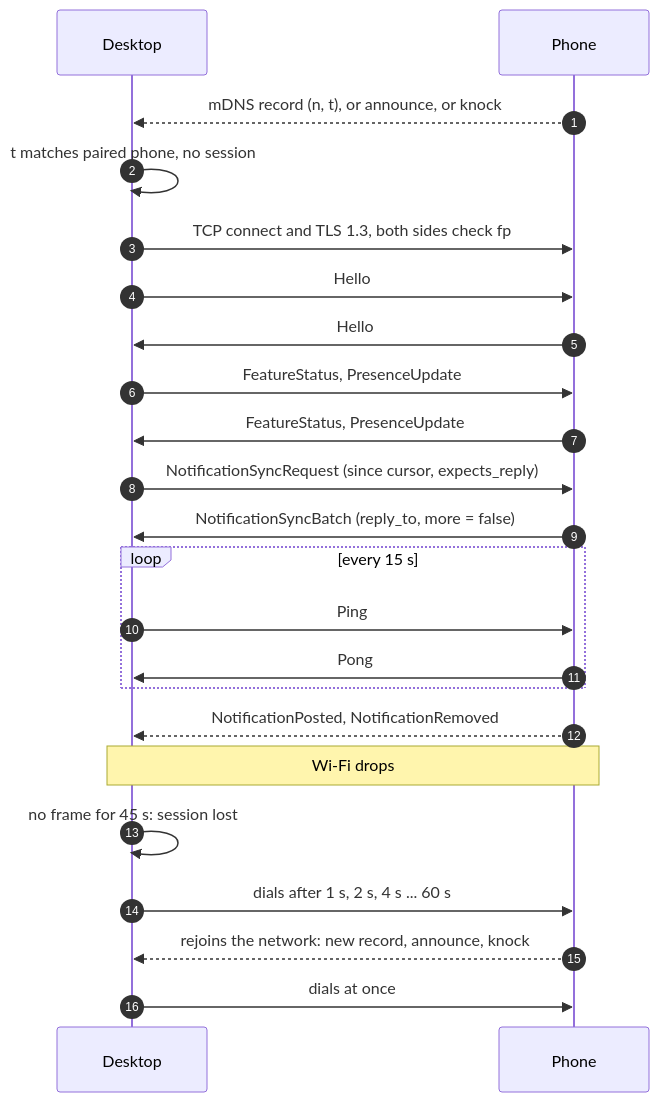
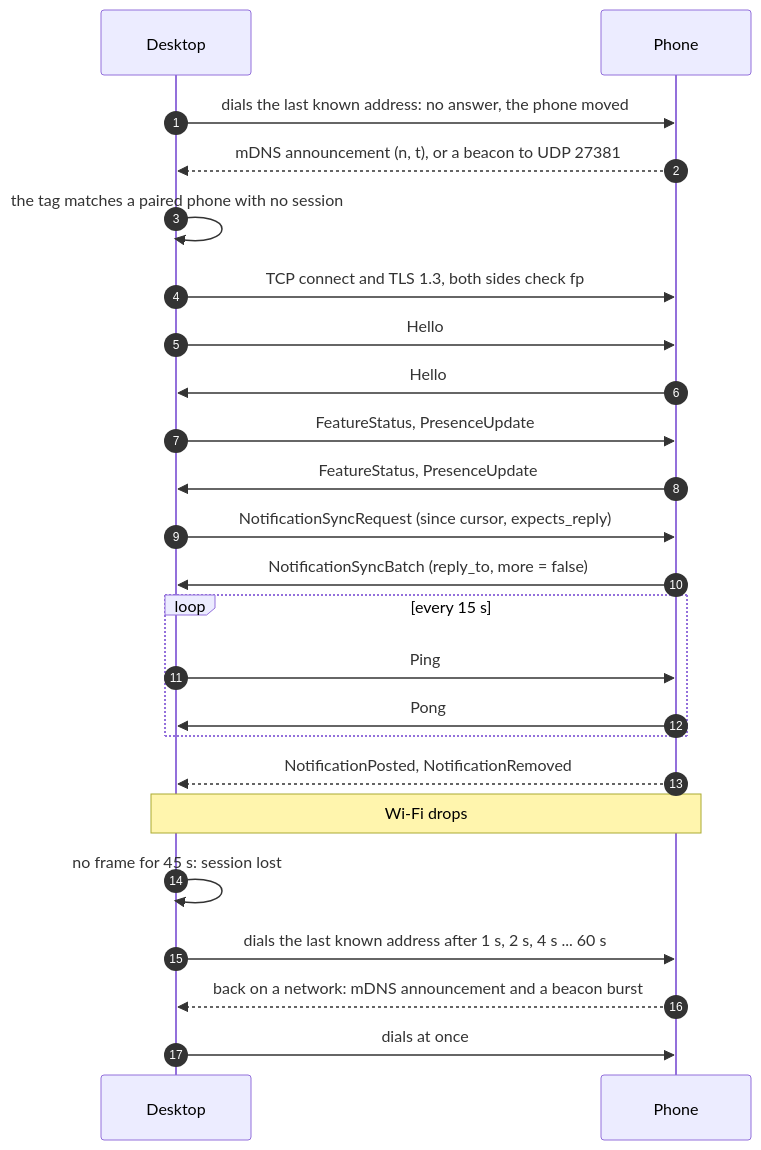
Before and after one commit to codesensei-tushar/link2linux: the third of 3 diagrams in docs/protocol.md, drawn with Mermaid. The commit also changed other lines of this file and 2 other files, not shown here.

First line of the commit message:
Switch discovery to phone-sent beacons and ports below 32768

````diff
--- a/docs/protocol.md
+++ b/docs/protocol.md
@@ -579,25 +615,26 @@
 ```mermaid
 sequenceDiagram
     autonumber
     participant D as Desktop
     participant P as Phone
-    P-->>D: mDNS record (n, t), or announce, or knock
-    D->>D: t matches paired phone, no session
+    D->>P: dials the last known address: no answer, the phone moved
+    P-->>D: mDNS announcement (n, t), or a beacon to UDP 27381
+    D->>D: the tag matches a paired phone with no session
     D->>P: TCP connect and TLS 1.3, both sides check fp
     D->>P: Hello
     P->>D: Hello
     D->>P: FeatureStatus, PresenceUpdate
     P->>D: FeatureStatus, PresenceUpdate
     D->>P: NotificationSyncRequest (since cursor, expects_reply)
     P->>D: NotificationSyncBatch (reply_to, more = false)
     loop every 15 s
         D->>P: Ping
         P->>D: Pong
     end
     P-->>D: NotificationPosted, NotificationRemoved
     Note over D,P: Wi-Fi drops
     D->>D: no frame for 45 s: session lost
-    D->>P: dials after 1 s, 2 s, 4 s ... 60 s
-    P-->>D: rejoins the network: new record, announce, knock
+    D->>P: dials the last known address after 1 s, 2 s, 4 s ... 60 s
+    P-->>D: back on a network: mDNS announcement and a beacon burst
     D->>P: dials at once
 ```
````
